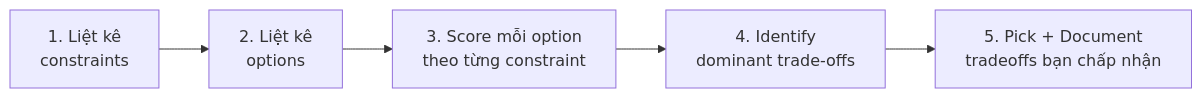
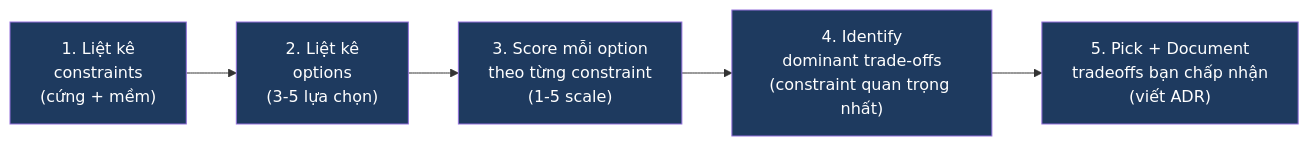
The second of 4 diagrams in learning/00-mental-models/02-trade-off-thinking.md (ankinguyen-engineer-2002/realtime-data-ai-platform-digital-twin), drawn with Mermaid before and after one commit. The commit also changed other lines of this file, not shown here.

First line of the commit message:
docs(learning): F00/02 Trade-off thinking rewritten v2 university-grade

````diff
--- a/learning/00-mental-models/02-trade-off-thinking.md
+++ b/learning/00-mental-models/02-trade-off-thinking.md
@@ -120,7 +228,12 @@
 ```mermaid
 flowchart LR
-    S1["1. Liệt kê<br/>constraints"] --> S2["2. Liệt kê<br/>options"]
-    S2 --> S3["3. Score mỗi option<br/>theo từng constraint"]
-    S3 --> S4["4. Identify<br/>dominant trade-offs"]
-    S4 --> S5["5. Pick + Document<br/>tradeoffs bạn chấp nhận"]
+    classDef step fill:#1e3a5f,color:#fff
+
+    S1["1. Liệt kê<br/>constraints<br/>(cứng + mềm)"]:::step
+    S2["2. Liệt kê<br/>options<br/>(3-5 lựa chọn)"]:::step
+    S3["3. Score mỗi option<br/>theo từng constraint<br/>(1-5 scale)"]:::step
+    S4["4. Identify<br/>dominant trade-offs<br/>(constraint quan trọng nhất)"]:::step
+    S5["5. Pick + Document<br/>tradeoffs bạn chấp nhận<br/>(viết ADR)"]:::step
+
+    S1 --> S2 --> S3 --> S4 --> S5
 ```
````
